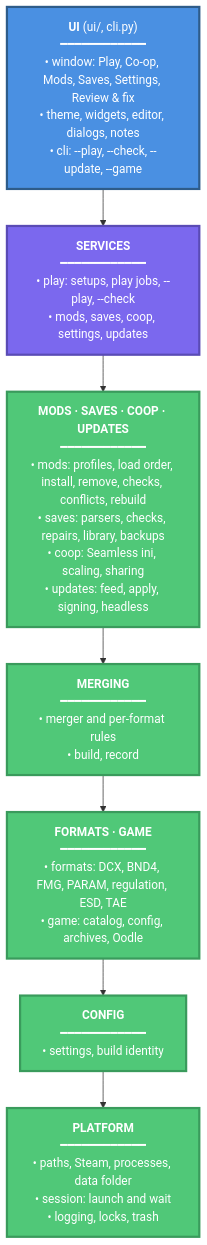
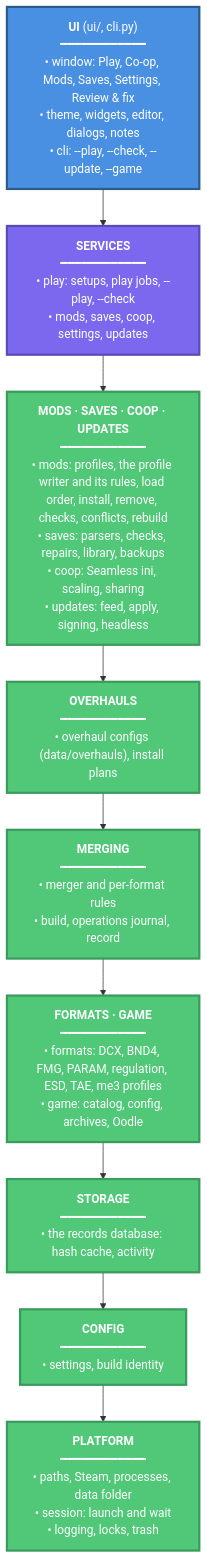
The diagram in README.md (Carlomos7/roundtable-souls), drawn with Mermaid before and after one commit. The commit also changed 7 other files, not shown here.

````diff
--- a/README.md
+++ b/README.md
@@ -9,24 +9,28 @@
 ```mermaid
 graph TD
     UI["<b>UI</b> (ui/, cli.py)<br/>━━━━━━━━━━━━<br/>• window: Play, Co-op, Mods, Saves, Settings, Review & fix<br/>• theme, widgets, editor, dialogs, notes<br/>• cli: --play, --check, --update, --game"]
     SERVICES["<b>SERVICES</b><br/>━━━━━━━━━━━━<br/>• play: setups, play jobs, --play, --check<br/>• mods, saves, coop, settings, updates"]
-    AREAS["<b>MODS · SAVES · COOP · UPDATES</b><br/>━━━━━━━━━━━━<br/>• mods: profiles, load order, install, remove, checks, conflicts, rebuild<br/>• saves: parsers, checks, repairs, library, backups<br/>• coop: Seamless ini, scaling, sharing<br/>• updates: feed, apply, signing, headless"]
-    MERGING["<b>MERGING</b><br/>━━━━━━━━━━━━<br/>• merger and per-format rules<br/>• build, record"]
-    FILES["<b>FORMATS · GAME</b><br/>━━━━━━━━━━━━<br/>• formats: DCX, BND4, FMG, PARAM, regulation, ESD, TAE<br/>• game: catalog, config, archives, Oodle"]
+    AREAS["<b>MODS · SAVES · COOP · UPDATES</b><br/>━━━━━━━━━━━━<br/>• mods: profiles, the profile writer and its rules, load order, install, remove, checks, conflicts, rebuild<br/>• saves: parsers, checks, repairs, library, backups<br/>• coop: Seamless ini, scaling, sharing<br/>• updates: feed, apply, signing, headless"]
+    OVERHAULS["<b>OVERHAULS</b><br/>━━━━━━━━━━━━<br/>• overhaul configs (data/overhauls), install plans"]
+    MERGING["<b>MERGING</b><br/>━━━━━━━━━━━━<br/>• merger and per-format rules<br/>• build, operations journal, record"]
+    FILES["<b>FORMATS · GAME</b><br/>━━━━━━━━━━━━<br/>• formats: DCX, BND4, FMG, PARAM, regulation, ESD, TAE, me3 profiles<br/>• game: catalog, config, archives, Oodle"]
+    STORAGE["<b>STORAGE</b><br/>━━━━━━━━━━━━<br/>• the records database: hash cache, activity"]
     CONFIG["<b>CONFIG</b><br/>━━━━━━━━━━━━<br/>• settings, build identity"]
     PLATFORM["<b>PLATFORM</b><br/>━━━━━━━━━━━━<br/>• paths, Steam, processes, data folder<br/>• session: launch and wait<br/>• logging, locks, trash"]
 
     UI --> SERVICES
     SERVICES --> AREAS
-    AREAS --> MERGING
+    AREAS --> OVERHAULS
+    OVERHAULS --> MERGING
     MERGING --> FILES
-    FILES --> CONFIG
+    FILES --> STORAGE
+    STORAGE --> CONFIG
     CONFIG --> PLATFORM
 
     classDef ui fill:#4A90E2,stroke:#2E5C8A,stroke-width:3px,color:#fff
     classDef core fill:#7B68EE,stroke:#5A4BB5,stroke-width:3px,color:#fff
     classDef layer fill:#50C878,stroke:#3A9B5C,stroke-width:3px,color:#fff
     class UI ui
     class SERVICES core
-    class AREAS,MERGING,FILES,CONFIG,PLATFORM layer
+    class AREAS,OVERHAULS,MERGING,FILES,STORAGE,CONFIG,PLATFORM layer
 ```
````
